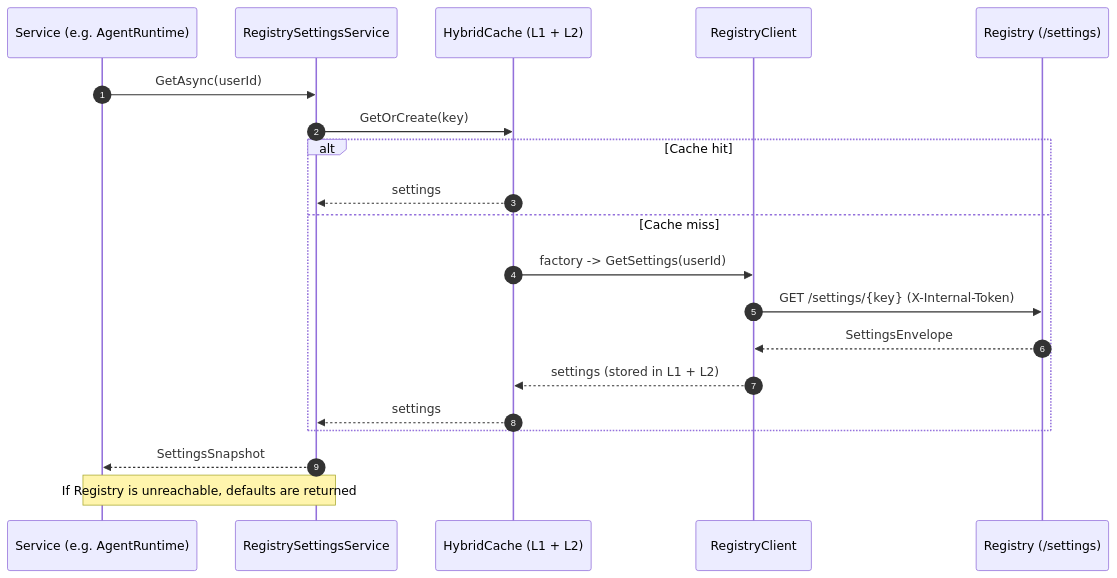
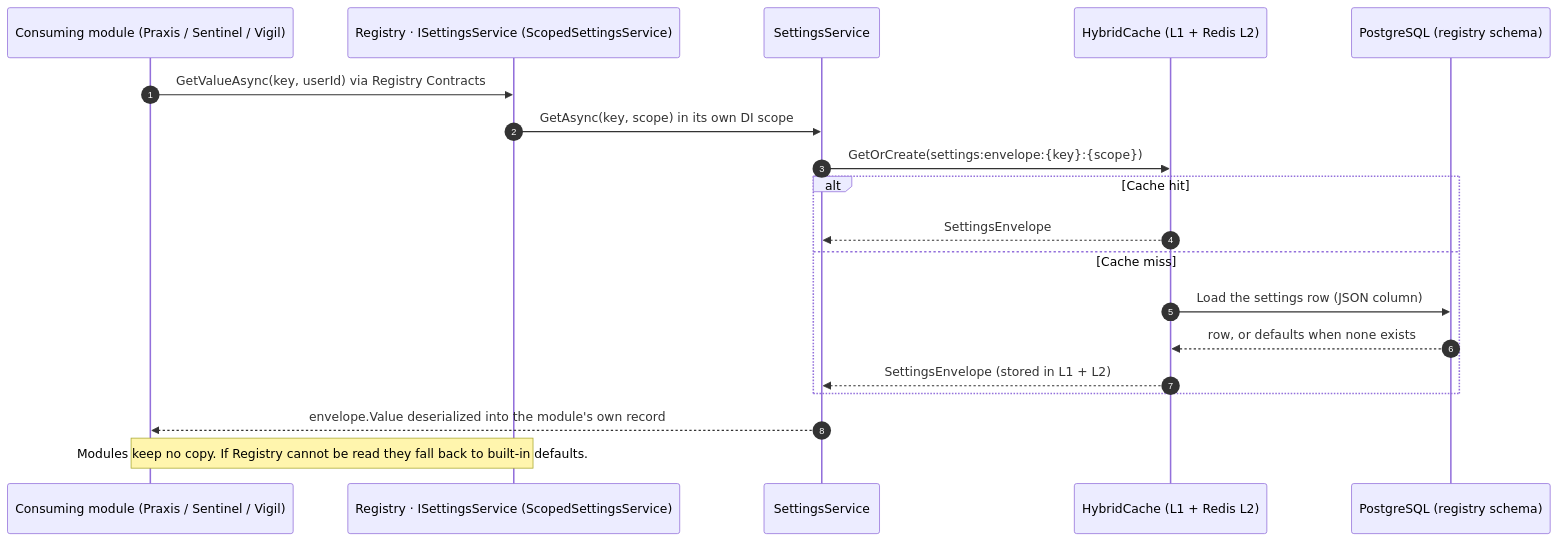
Before and after one commit to mihailshterev/sentium: the diagram in docs/diagrams/registry-1-read-settings.md, drawn with Mermaid. The commit also changed 99 other files, not shown here.

````diff
--- a/docs/diagrams/registry-1-read-settings.md
+++ b/docs/diagrams/registry-1-read-settings.md
@@ -1,23 +1,22 @@
 ```mermaid
 sequenceDiagram
     autonumber
-    participant SVC as Service (e.g. AgentRuntime)
-    participant RS as RegistrySettingsService
-    participant HC as HybridCache (L1 + L2)
-    participant RC as RegistryClient
-    participant RG as Registry (/settings)
+    participant M as Consuming module (Praxis / Sentinel / Vigil)
+    participant SS as Registry · ISettingsService (ScopedSettingsService)
+    participant SV as SettingsService
+    participant HC as HybridCache (L1 + Redis L2)
+    participant DB as PostgreSQL (registry schema)
 
-    SVC->>RS: GetAsync(userId)
-    RS->>HC: GetOrCreate(key)
+    M->>SS: GetValueAsync(key, userId) via Registry Contracts
+    SS->>SV: GetAsync(key, scope) in its own DI scope
+    SV->>HC: GetOrCreate(settings:envelope:{key}:{scope})
     alt Cache hit
-        HC-->>RS: settings
+        HC-->>SV: SettingsEnvelope
     else Cache miss
-        HC->>RC: factory -> GetSettings(userId)
-        RC->>RG: GET /settings/{key} (X-Internal-Token)
-        RG-->>RC: SettingsEnvelope
-        RC-->>HC: settings (stored in L1 + L2)
-        HC-->>RS: settings
+        HC->>DB: Load the settings row (JSON column)
+        DB-->>HC: row, or defaults when none exists
+        HC-->>SV: SettingsEnvelope (stored in L1 + L2)
     end
-    RS-->>SVC: SettingsSnapshot
-    Note over RS,SVC: If Registry is unreachable, defaults are returned
+    SV-->>M: envelope.Value deserialized into the module's own record
+    Note over M,SS: Modules keep no copy. If Registry cannot be read they fall back to built-in defaults.
 ```
````
